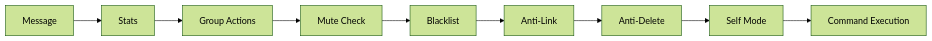
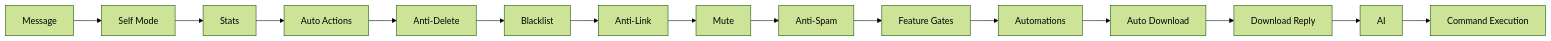
The diagram in docs/development/architecture.md (MhankBarBar/zero-ichi), drawn with Mermaid (forest theme) before and after one commit. The commit also changed other lines of this file and 2 other files, not shown here.

Commit message:
docs: sync contributing and architecture

````diff
--- a/docs/development/architecture.md
+++ b/docs/development/architecture.md
@@ -89,11 +53,17 @@
 ```mermaid
 graph LR
-    A[Message] --> B[Stats]
-    B --> C[Group Actions]
-    C --> D[Mute Check]
-    D --> E[Blacklist]
-    E --> F[Anti-Link]
-    F --> G[Anti-Delete]
-    G --> H[Self Mode]
-    H --> I[Command Execution]
+    A[Message] --> B[Self Mode]
+    B --> C[Stats]
+    C --> D[Auto Actions]
+    D --> E[Anti-Delete]
+    E --> F[Blacklist]
+    F --> G[Anti-Link]
+    G --> H[Mute]
+    H --> I[Anti-Spam]
+    I --> J[Feature Gates]
+    J --> K[Automations]
+    K --> L[Auto Download]
+    L --> M[Download Reply]
+    M --> N[AI]
+    N --> O[Command Execution]
 ```
````
